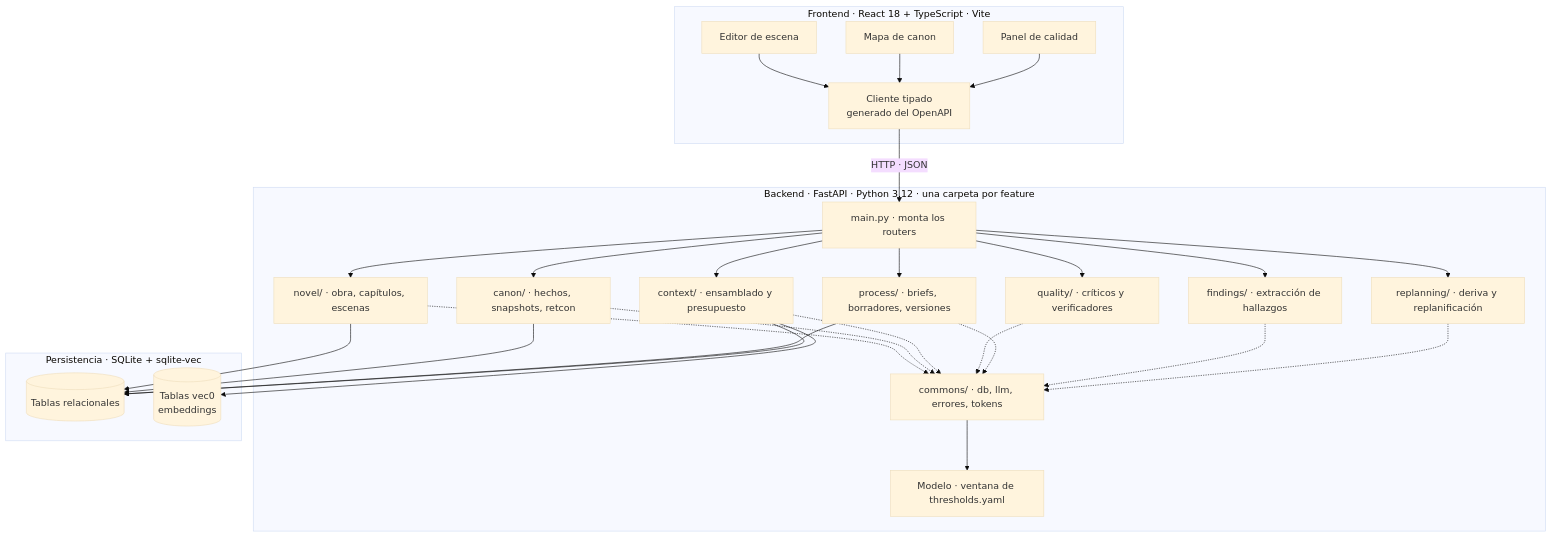
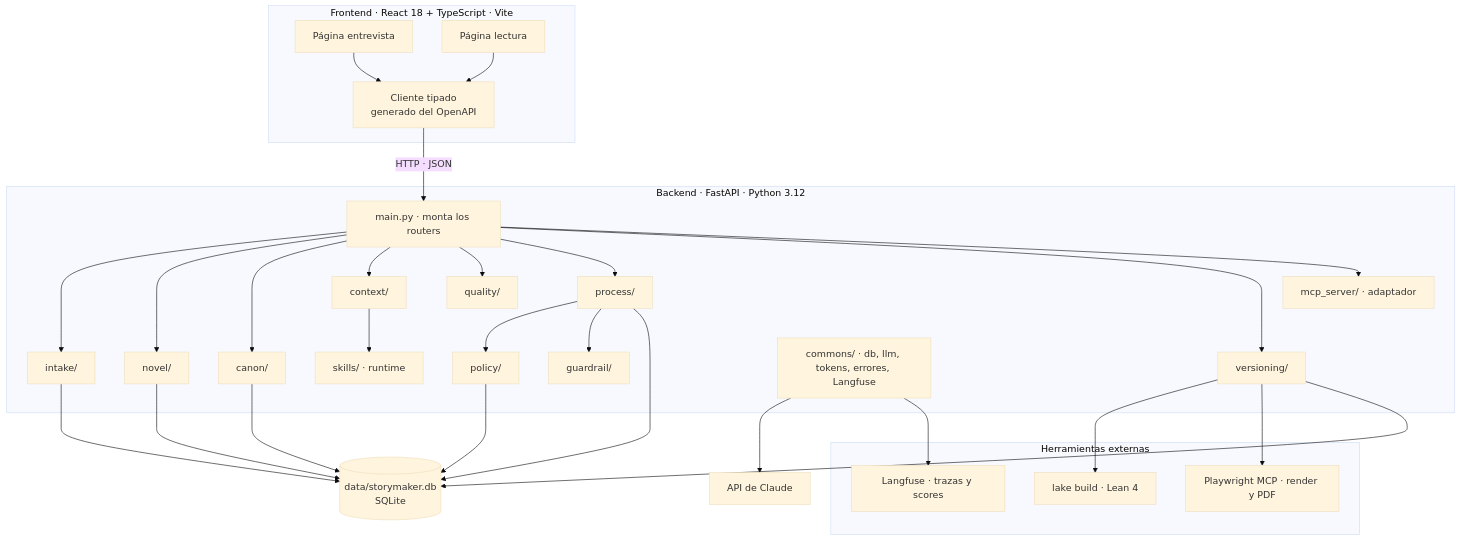
Before and after one commit to BrunoCrz3/MyStory: the first of 10 diagrams in docs/architecture.md, drawn with Mermaid (base theme). The commit also changed other lines of this file, not shown here.

First line of the commit message:
Redisenar architecture.md sobre el alcance de storyMaker

````diff
--- a/docs/architecture.md
+++ b/docs/architecture.md
@@ -69,48 +53,53 @@
 ```mermaid
 flowchart TD
   subgraph FE[Frontend · React 18 + TypeScript · Vite]
-    ED[Editor de escena]
-    MP[Mapa de canon]
-    QP[Panel de calidad]
-    CL[Cliente tipado<br/>generado del OpenAPI]
-    ED --> CL
-    MP --> CL
-    QP --> CL
+    ENT[Página entrevista]
+    LEC[Página lectura]
+    CLI[Cliente tipado<br/>generado del OpenAPI]
+    ENT --> CLI
+    LEC --> CLI
   end
-  subgraph BE[Backend · FastAPI · Python 3.12 · una carpeta por feature]
+  subgraph BE[Backend · FastAPI · Python 3.12]
     MN[main.py · monta los routers]
-    NOV[novel/ · obra, capítulos, escenas]
-    CAN[canon/ · hechos, snapshots, retcon]
-    CTX[context/ · ensamblado y presupuesto]
-    QUA[quality/ · críticos y verificadores]
-    PRO[process/ · briefs, borradores, versiones]
-    FND[findings/ · extracción de hallazgos]
-    RPL[replanning/ · deriva y replanificación]
-    CMN[commons/ · db, llm, errores, tokens]
+    INT[intake/]
+    NOV[novel/]
+    CAN[canon/]
+    CTX[context/]
+    QUA[quality/]
+    GRD[guardrail/]
+    PRO[process/]
+    POL[policy/]
+    VER[versioning/]
+    MCP[mcp_server/ · adaptador]
+    SKL[skills/ · runtime]
+    CMN[commons/ · db, llm, tokens, errores, Langfuse]
+    MN --> INT
     MN --> NOV
     MN --> CAN
     MN --> CTX
     MN --> QUA
     MN --> PRO
-    MN --> FND
-    MN --> RPL
-    NOV -.-> CMN
-    CAN -.-> CMN
-    CTX -.-> CMN
-    QUA -.-> CMN
-    PRO -.-> CMN
-    FND -.-> CMN
-    RPL -.-> CMN
-    CMN --> LLM[Modelo · ventana de thresholds.yaml]
+    MN --> VER
+    MN --> MCP
+    PRO --> POL
+    PRO --> GRD
+    CTX --> SKL
   end
-  subgraph DB[Persistencia · SQLite + sqlite-vec]
-    REL[(Tablas relacionales)]
-    VEC[(Tablas vec0<br/>embeddings)]
+  subgraph EXT[Herramientas externas]
+    LF[Langfuse · trazas y scores]
+    LEAN[lake build · Lean 4]
+    PW[Playwright MCP · render y PDF]
   end
-  CL -->|HTTP · JSON| MN
-  NOV --> REL
-  CAN --> REL
-  PRO --> REL
-  CTX --> REL
-  CTX --> VEC
+  DB[(data/storymaker.db<br/>SQLite)]
+  CLI -->|HTTP · JSON| MN
+  CMN --> LLM[API de Claude]
+  CMN --> LF
+  VER --> LEAN
+  VER --> PW
+  CAN --> DB
+  NOV --> DB
+  INT --> DB
+  PRO --> DB
+  VER --> DB
+  POL --> DB
 ```
````
